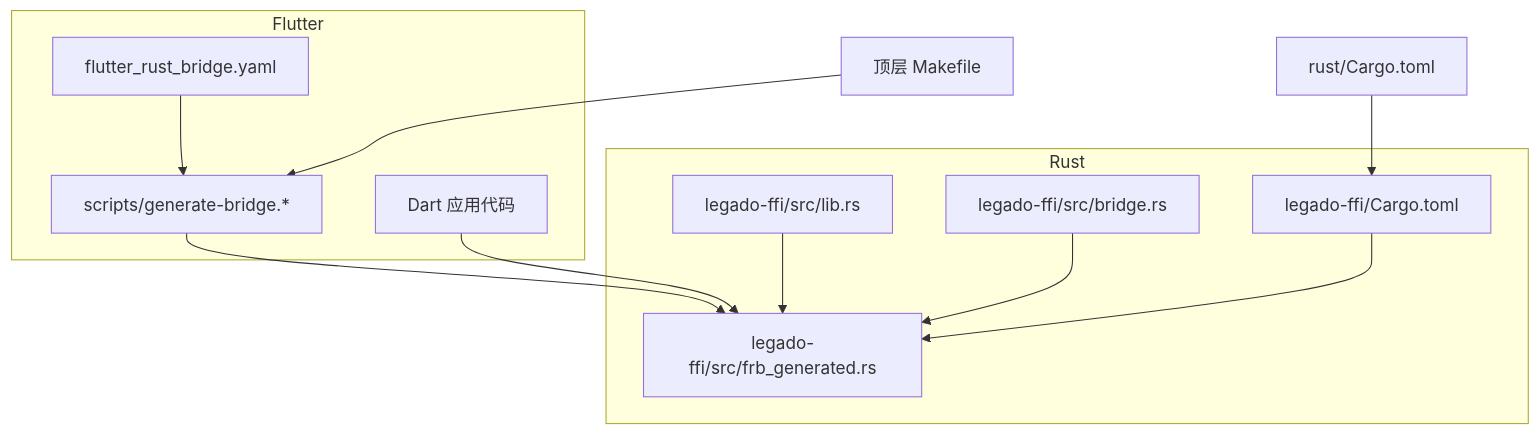
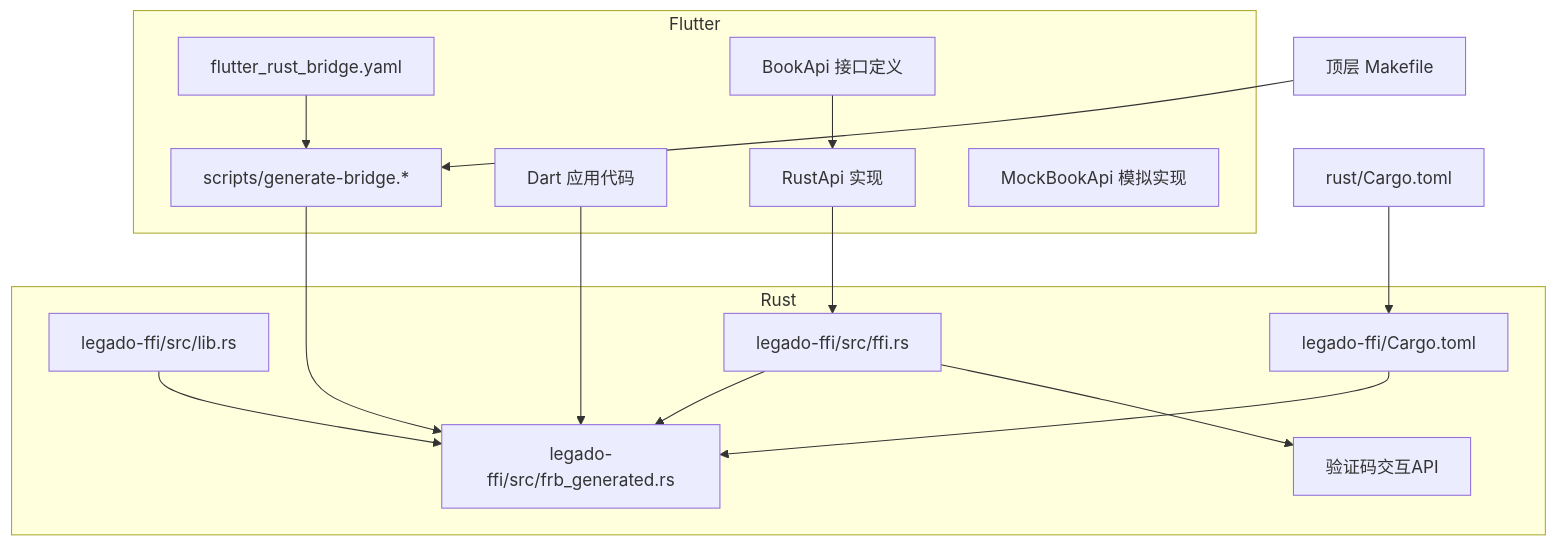
Before and after one commit to ZhangGHGitHub/LegadoTeamFlutter: the first of 5 diagrams in .qoder/repowiki/zh/content/Flutter跨平台应用/FFI集成/Flutter Rust Bridge工具.md, drawn with Mermaid. The commit also changed other lines of this file and 173 other files, not shown here.

````diff
--- a/.qoder/repowiki/zh/content/Flutter跨平台应用/FFI集成/Flutter Rust Bridge工具.md
+++ b/.qoder/repowiki/zh/content/Flutter跨平台应用/FFI集成/Flutter Rust Bridge工具.md
@@ -44,24 +58,31 @@
 ```mermaid
 graph TB
 subgraph "Flutter"
 A["flutter_rust_bridge.yaml"]
 B["scripts/generate-bridge.*"]
 C["Dart 应用代码"]
+D["BookApi 接口定义"]
+E["RustApi 实现"]
+F["MockBookApi 模拟实现"]
 end
 subgraph "Rust"
-D["legado-ffi/src/lib.rs"]
-E["legado-ffi/src/bridge.rs"]
-F["legado-ffi/src/frb_generated.rs"]
-G["legado-ffi/Cargo.toml"]
+G["legado-ffi/src/lib.rs"]
+H["legado-ffi/src/ffi.rs"]
+I["legado-ffi/src/frb_generated.rs"]
+J["legado-ffi/Cargo.toml"]
+K["验证码交互API"]
 end
-H["顶层 Makefile"]
-I["rust/Cargo.toml"]
+L["顶层 Makefile"]
+M["rust/Cargo.toml"]
 A --> B
-B --> F
-C --> F
-D --> F
-E --> F
-G --> F
-H --> B
-I --> G
+B --> I
+C --> I
+D --> E
+E --> H
+H --> I
+G --> I
+H --> K
+J --> I
+L --> B
+M --> J
 ```
````
